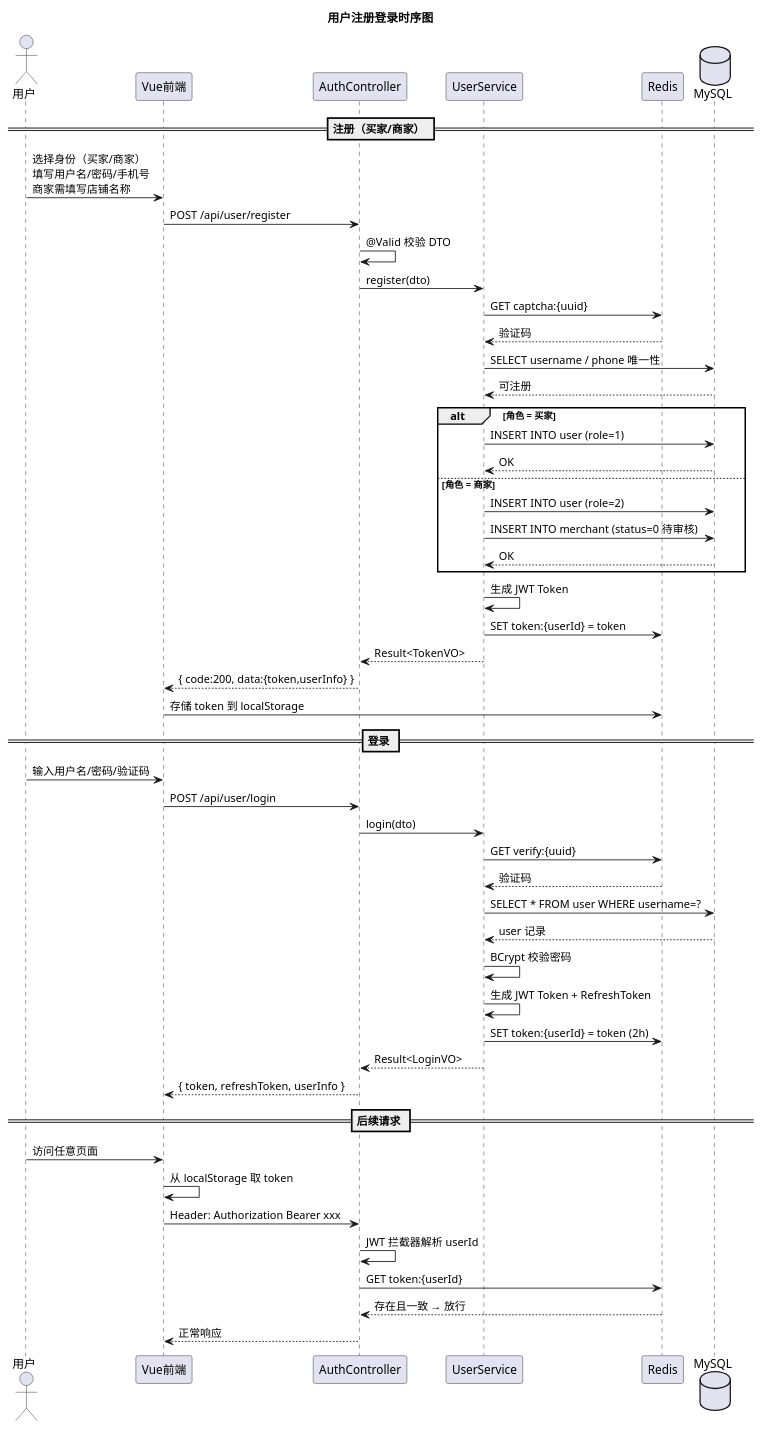
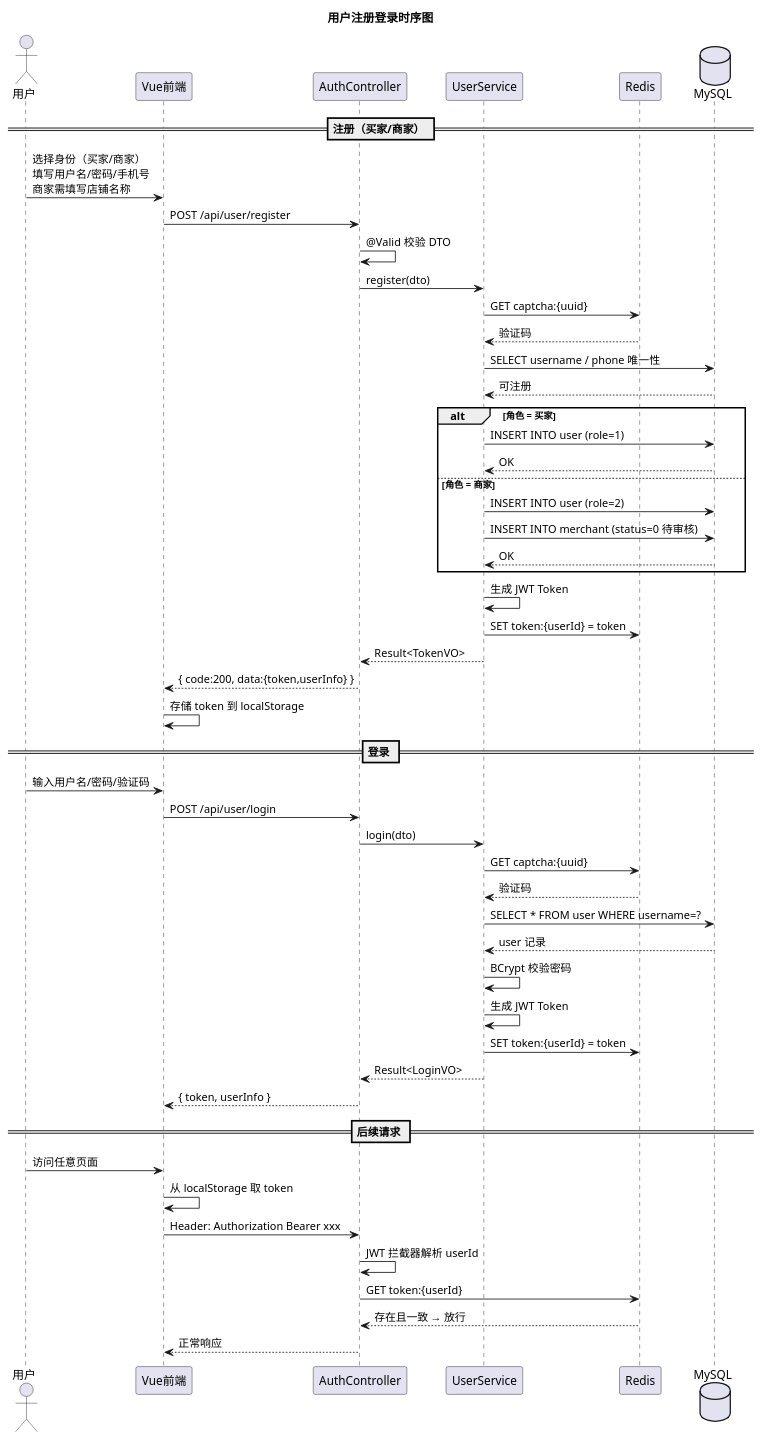
Before and after one commit to KIM406-CMD/chrono: the first of 6 diagrams in uml/uml-sequence.puml, drawn with PlantUML. The commit also changed other lines of this file and 21 other files, not shown here.

First line of the commit message:
docs: 同步设计文档与 UML 图

```diff
--- a/uml/uml-sequence.puml
+++ b/uml/uml-sequence.puml
@@ -1,58 +1,58 @@
 @startuml 用户注册登录
 
 title 用户注册登录时序图
 
 actor 用户 as User
 participant "Vue前端" as Vue
 participant "AuthController" as Auth
 participant "UserService" as Svc
 participant "Redis" as Redis
 database "MySQL" as DB
 
 == 注册（买家/商家） ==
 User -> Vue : 选择身份（买家/商家）\n填写用户名/密码/手机号\n商家需填写店铺名称
 Vue -> Auth : POST /api/user/register
 Auth -> Auth : @Valid 校验 DTO
 Auth -> Svc : register(dto)
 Svc -> Redis : GET captcha:{uuid}
 Redis --> Svc : 验证码
 Svc -> DB : SELECT username / phone 唯一性
 DB --> Svc : 可注册
 alt 角色 = 买家
   Svc -> DB : INSERT INTO user (role=1)
   DB --> Svc : OK
 else 角色 = 商家
   Svc -> DB : INSERT INTO user (role=2)
   Svc -> DB : INSERT INTO merchant (status=0 待审核)
   DB --> Svc : OK
 end
 Svc -> Svc : 生成 JWT Token
 Svc -> Redis : SET token:{userId} = token
 Svc --> Auth : Result<TokenVO>
 Auth --> Vue : { code:200, data:{token,userInfo} }
-Vue -> Redis : 存储 token 到 localStorage
+Vue -> Vue : 存储 token 到 localStorage
 
 == 登录 ==
 User -> Vue : 输入用户名/密码/验证码
 Vue -> Auth : POST /api/user/login
 Auth -> Svc : login(dto)
-Svc -> Redis : GET verify:{uuid}
+Svc -> Redis : GET captcha:{uuid}
 Redis --> Svc : 验证码
 Svc -> DB : SELECT * FROM user WHERE username=?
 DB --> Svc : user 记录
 Svc -> Svc : BCrypt 校验密码
-Svc -> Svc : 生成 JWT Token + RefreshToken
-Svc -> Redis : SET token:{userId} = token (2h)
+Svc -> Svc : 生成 JWT Token
+Svc -> Redis : SET token:{userId} = token
 Svc --> Auth : Result<LoginVO>
-Auth --> Vue : { token, refreshToken, userInfo }
+Auth --> Vue : { token, userInfo }
 
 == 后续请求 ==
 User -> Vue : 访问任意页面
 Vue -> Vue : 从 localStorage 取 token
 Vue -> Auth : Header: Authorization Bearer xxx
 Auth -> Auth : JWT 拦截器解析 userId
 Auth -> Redis : GET token:{userId}
 Redis --> Auth : 存在且一致 → 放行
 Auth --> Vue : 正常响应
 
 @enduml
```
